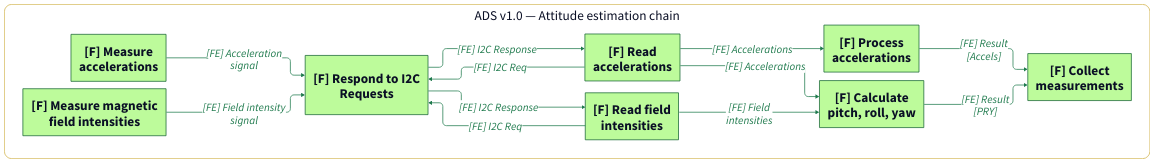
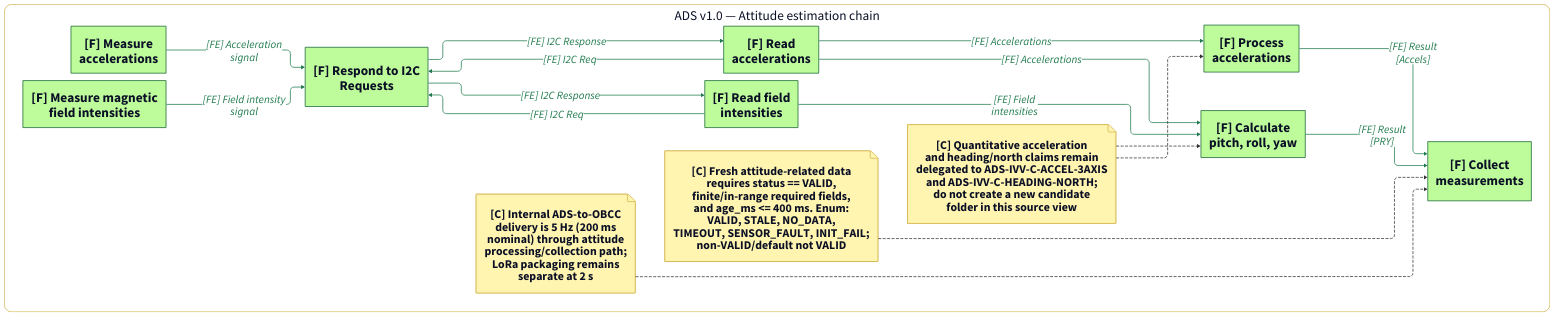
The diagram in ADS/MBSE/v1.0/ADS_v1.0_view6_attitude_estimation_chain.d2 (DeltaLabo/CanSatWorkshop), drawn with D2 before and after one commit. The commit also changed 340 other files, not shown here.

```diff
--- a/ADS/MBSE/v1.0/ADS_v1.0_view6_attitude_estimation_chain.d2
+++ b/ADS/MBSE/v1.0/ADS_v1.0_view6_attitude_estimation_chain.d2
@@ -1,71 +1,93 @@
 vars: {
   d2-config: {
     layout-engine: elk
   }
 }
 
 # Functional chain: IMU acceleration and magnetic-field processing into attitude outputs
 direction: right
 
 classes: {
   func: {
     shape: rectangle
     style: { fill: "#BDFB9B"; stroke: "#166534"; stroke-width: 2; font-size: 36 }
   }
   lc: {
     style: {
       fill: "#A9C7E6"; stroke: "#5B65C9"; stroke-width: 2
       border-radius: 20; font-size: 40
     }
   }
   pc: {
     style: { fill: "#FFF8BF"; stroke: "#D1B24A"; stroke-width: 2; font-size: 40 }
   }
   sys: {
     style: { fill: "#E6E6E6"; stroke: "#9A9A9A"; stroke-width: 2; font-size: 48 }
   }
   ea: {
     shape: rectangle
     style: {
       fill: "#BFEAF4"; stroke: "#5B65C9"; stroke-width: 2
       border-radius: 20; font-size: 40
     }
   }
   note: { style: { fill: "#FFF5B0"; stroke: "#D1B24A"; font-size: 32 } }
   chain: {
     style: {
       fill: "#FFFFFF"; stroke: "#D1B24A"; stroke-width: 2
       border-radius: 20; font-size: 36
     }
   }
   fe:   { style: { stroke: "#1F7A4D"; font-color: "#1F7A4D"; stroke-width: 2; font-size: 30 } }
   ce:   { style: { stroke: "#5B65C9"; font-color: "#5B65C9"; stroke-width: 2; font-size: 30 } }
   pl:   { style: { stroke: "#E11D28"; font-color: "#E11D28"; stroke-width: 2; font-size: 30 } }
   cstr: { style: { stroke: "#333333"; stroke-dash: 3; font-size: 26 } }
 }
 
 chain: "ADS v1.0 — Attitude estimation chain" {
   class: chain
   direction: right
 
   measure_accelerations: "[F] Measure\naccelerations" { class: func }
   measure_magnetic_field_intensities: "[F] Measure magnetic\nfield intensities" { class: func }
   respond_i2c_requests: "[F] Respond to I2C\nRequests" { class: func }
   read_accelerations: "[F] Read\naccelerations" { class: func }
   read_field_intensities: "[F] Read field\nintensities" { class: func }
   process_accelerations: "[F] Process\naccelerations" { class: func }
   calculate_pitch_roll_yaw: "[F] Calculate\npitch, roll, yaw" { class: func }
   collect_measurements: "[F] Collect\nmeasurements" { class: func }
+
+  note_internal_freshness: "[C] Internal ADS-to-OBCC\ndelivery is 5 Hz (200 ms\nnominal) through attitude\nprocessing/collection path;\nLoRa packaging remains\nseparate at 2 s" {
+    class: note
+    shape: page
+  }
+  note_fresh_status: "[C] Fresh attitude-related data\nrequires status == VALID,\nfinite/in-range required fields,\nand age_ms <= 400 ms. Enum:\nVALID, STALE, NO_DATA,\nTIMEOUT, SENSOR_FAULT, INIT_FAIL;\nnon-VALID/default not VALID" {
+    class: note
+    shape: page
+  }
+  note_quant_delegated: "[C] Quantitative acceleration\nand heading/north claims remain\ndelegated to ADS-IVV-C-ACCEL-3AXIS\nand ADS-IVV-C-HEADING-NORTH;\ndo not create a new candidate\nfolder in this source view" {
+    class: note
+    shape: page
+  }
 }
 
 chain.measure_accelerations -> chain.respond_i2c_requests: "[FE] Acceleration\nsignal" { class: fe }
 chain.measure_magnetic_field_intensities -> chain.respond_i2c_requests: "[FE] Field intensity\nsignal" { class: fe }
 chain.read_accelerations -> chain.respond_i2c_requests: "[FE] I2C Req" { class: fe }
 chain.read_field_intensities -> chain.respond_i2c_requests: "[FE] I2C Req" { class: fe }
 chain.respond_i2c_requests -> chain.read_accelerations: "[FE] I2C Response" { class: fe }
 chain.respond_i2c_requests -> chain.read_field_intensities: "[FE] I2C Response" { class: fe }
 chain.read_accelerations -> chain.process_accelerations: "[FE] Accelerations" { class: fe }
 chain.read_accelerations -> chain.calculate_pitch_roll_yaw: "[FE] Accelerations" { class: fe }
 chain.read_field_intensities -> chain.calculate_pitch_roll_yaw: "[FE] Field\nintensities" { class: fe }
 chain.process_accelerations -> chain.collect_measurements: "[FE] Result\n[Accels]" { class: fe }
 chain.calculate_pitch_roll_yaw -> chain.collect_measurements: "[FE] Result\n[PRY]" { class: fe }
+
+chain.note_internal_freshness -> chain.collect_measurements { class: cstr }
+chain.note_fresh_status -> chain.collect_measurements { class: cstr }
+chain.note_quant_delegated -> chain.process_accelerations { class: cstr }
+chain.note_quant_delegated -> chain.calculate_pitch_roll_yaw { class: cstr }
+
+# Layout-only edges to keep chain-level constraints grouped.
+chain.note_internal_freshness -> chain.note_fresh_status { style: { opacity: 0 } }
+chain.note_fresh_status -> chain.note_quant_delegated { style: { opacity: 0 } }
```
